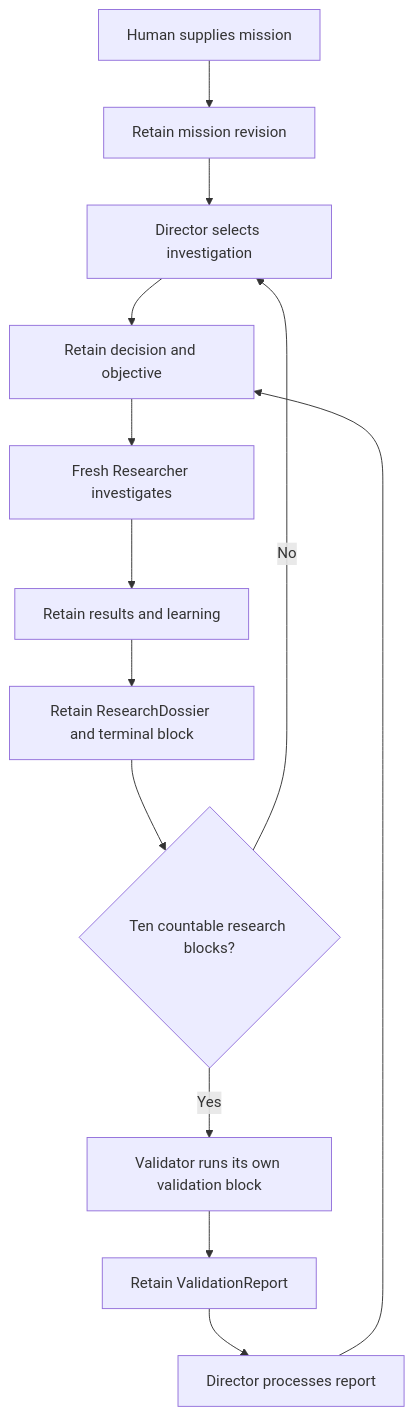
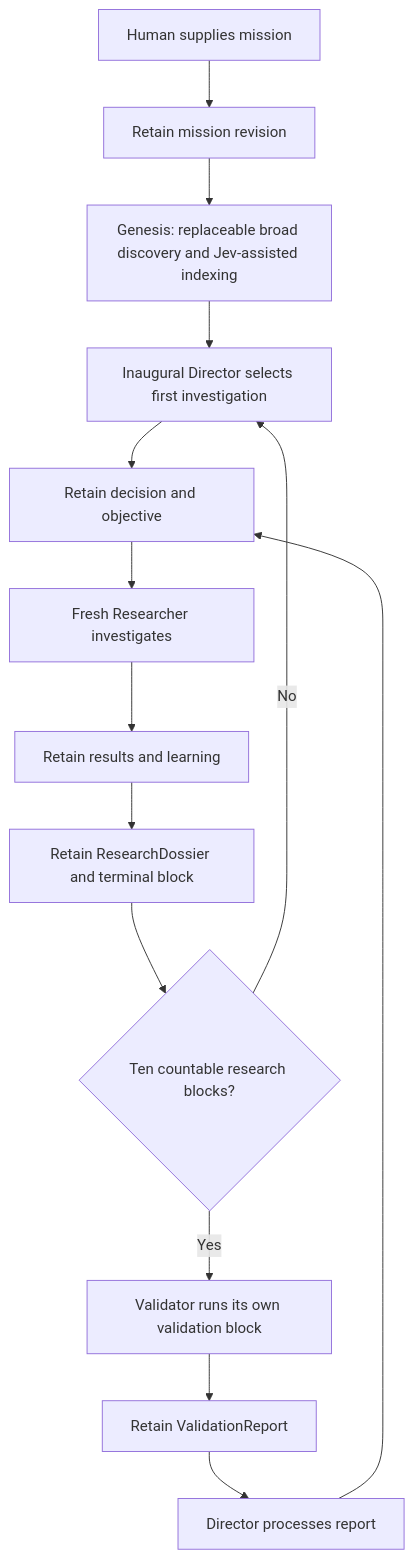
The diagram in specs/workflows/README.md (asimog/biojev), drawn with Mermaid before and after one commit. The commit also changed other lines of this file and 30 other files, not shown here.

Commit message:
Specify replaceable Genesis and enforce inaugural lifecycle gating

````diff
--- a/specs/workflows/README.md
+++ b/specs/workflows/README.md
@@ -9,15 +9,16 @@
 ```mermaid
 flowchart TD
   Human[Human supplies mission] --> Mission[Retain mission revision]
-  Mission --> Director[Director selects investigation]
+  Mission --> Genesis[Genesis: replaceable broad discovery and Jev-assisted indexing]
+  Genesis --> Director[Inaugural Director selects first investigation]
   Director --> Objective[Retain decision and objective]
   Objective --> Researcher[Fresh Researcher investigates]
   Researcher --> History[Retain results and learning]
   History --> Dossier[Retain ResearchDossier and terminal block]
   Dossier --> Gate{Ten countable research blocks?}
   Gate -- No --> Director
   Gate -- Yes --> Validator[Validator runs its own validation block]
   Validator --> Report[Retain ValidationReport]
   Report --> Review[Director processes report]
   Review --> Objective
 ```
````
